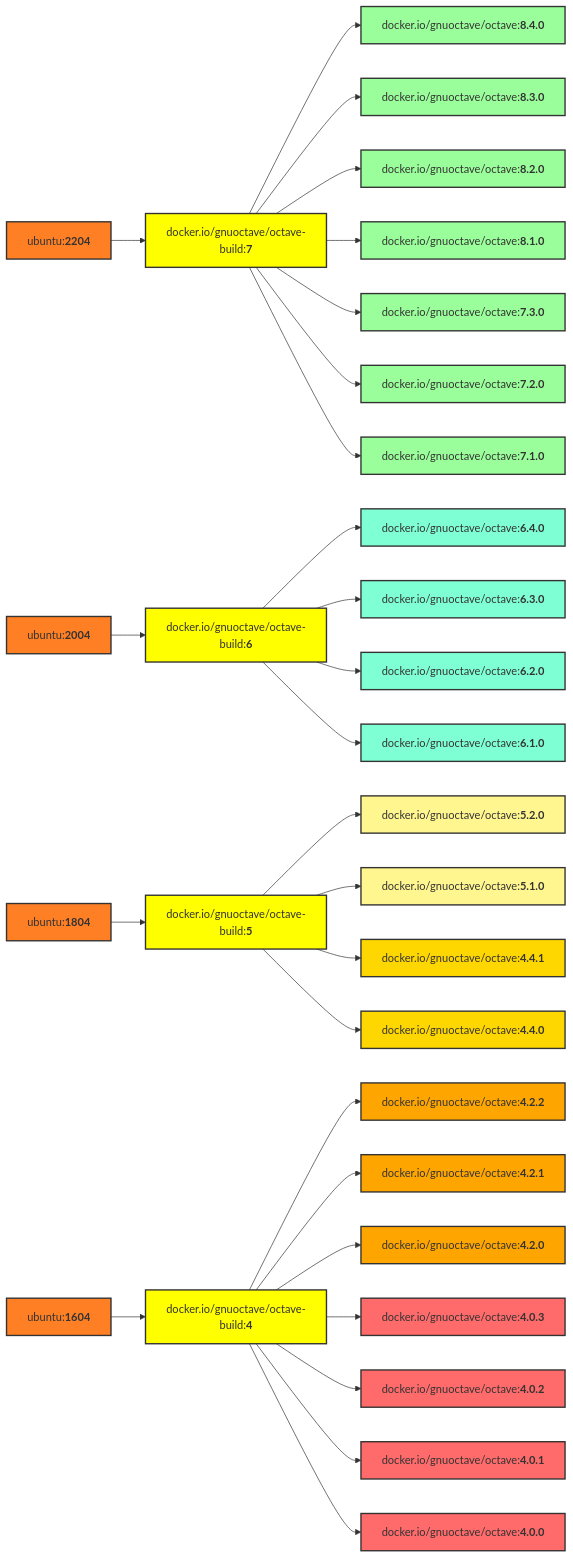
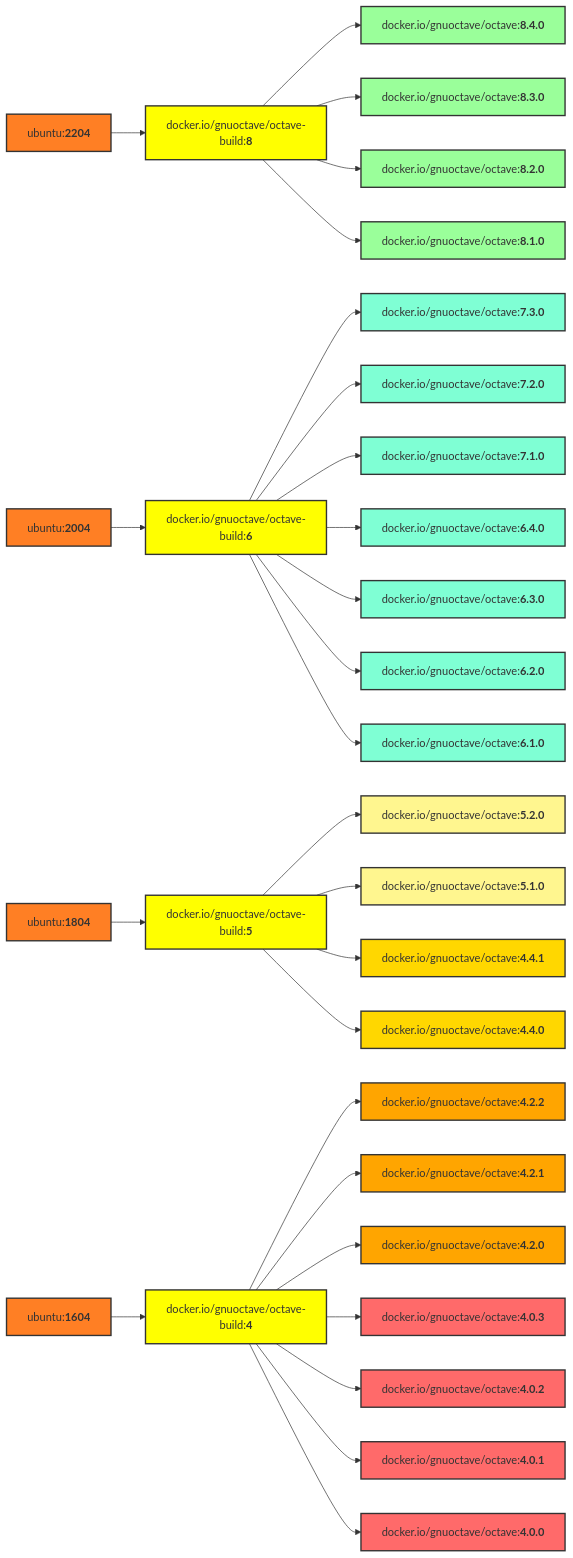
One commit to gnu-octave/docker changed the diagram in README.md. Above: the diagram before and after it, drawn with Mermaid. The commit also changed 4 other files, not shown here.

Commit message:
Restructre build system for Octave 6,7,8

````diff
--- a/README.md
+++ b/README.md
@@ -85,67 +85,67 @@
 ```mermaid
 graph LR
-    U4[ubuntu:<b>2204</b>] --> b7[docker.io/gnuoctave/octave-build:<b>7</b>];
+    U4[ubuntu:<b>2204</b>] --> b8[docker.io/gnuoctave/octave-build:<b>8</b>];
     U3[ubuntu:<b>2004</b>] --> b6[docker.io/gnuoctave/octave-build:<b>6</b>];
     U2[ubuntu:<b>1804</b>] --> b5[docker.io/gnuoctave/octave-build:<b>5</b>];
     U1[ubuntu:<b>1604</b>] --> b4[docker.io/gnuoctave/octave-build:<b>4</b>];
-    b7 --> v840[docker.io/gnuoctave/octave:<b>8.4.0</b>];
-    b7 --> v830[docker.io/gnuoctave/octave:<b>8.3.0</b>];
-    b7 --> v820[docker.io/gnuoctave/octave:<b>8.2.0</b>];
-    b7 --> v810[docker.io/gnuoctave/octave:<b>8.1.0</b>];
-    b7 --> v730[docker.io/gnuoctave/octave:<b>7.3.0</b>];
-    b7 --> v720[docker.io/gnuoctave/octave:<b>7.2.0</b>];
-    b7 --> v710[docker.io/gnuoctave/octave:<b>7.1.0</b>];
+    b8 --> v840[docker.io/gnuoctave/octave:<b>8.4.0</b>];
+    b8 --> v830[docker.io/gnuoctave/octave:<b>8.3.0</b>];
+    b8 --> v820[docker.io/gnuoctave/octave:<b>8.2.0</b>];
+    b8 --> v810[docker.io/gnuoctave/octave:<b>8.1.0</b>];
+    b6 --> v730[docker.io/gnuoctave/octave:<b>7.3.0</b>];
+    b6 --> v720[docker.io/gnuoctave/octave:<b>7.2.0</b>];
+    b6 --> v710[docker.io/gnuoctave/octave:<b>7.1.0</b>];
     b6 --> v640[docker.io/gnuoctave/octave:<b>6.4.0</b>];
     b6 --> v630[docker.io/gnuoctave/octave:<b>6.3.0</b>];
     b6 --> v620[docker.io/gnuoctave/octave:<b>6.2.0</b>];
     b6 --> v610[docker.io/gnuoctave/octave:<b>6.1.0</b>];
     b5 --> v520[docker.io/gnuoctave/octave:<b>5.2.0</b>];
     b5 --> v510[docker.io/gnuoctave/octave:<b>5.1.0</b>];
     b5 --> v441[docker.io/gnuoctave/octave:<b>4.4.1</b>];
     b5 --> v440[docker.io/gnuoctave/octave:<b>4.4.0</b>];
     b4 --> v422[docker.io/gnuoctave/octave:<b>4.2.2</b>];
     b4 --> v421[docker.io/gnuoctave/octave:<b>4.2.1</b>];
     b4 --> v420[docker.io/gnuoctave/octave:<b>4.2.0</b>];
     b4 --> v403[docker.io/gnuoctave/octave:<b>4.0.3</b>];
     b4 --> v402[docker.io/gnuoctave/octave:<b>4.0.2</b>];
     b4 --> v401[docker.io/gnuoctave/octave:<b>4.0.1</b>];
     b4 --> v400[docker.io/gnuoctave/octave:<b>4.0.0</b>];
     classDef U fill:#ff7f24,stroke:#333,stroke-width:2px;
     class U1 U;
     class U2 U;
     class U3 U;
     class U4 U;
     classDef b fill:#ff0,stroke:#333,stroke-width:2px;
     class b4 b;
     class b5 b;
     class b6 b;
-    class b7 b;
+    class b8 b;
     classDef age1 fill:#9aff9a,stroke:#333,stroke-width:2px;
     classDef age2 fill:#7fffd4,stroke:#333,stroke-width:2px;
     classDef age3 fill:#fff68f,stroke:#333,stroke-width:2px;
     classDef age4 fill:#ffd700,stroke:#333,stroke-width:2px;
     classDef age5 fill:#ffa500,stroke:#333,stroke-width:2px;
     classDef age6 fill:#ff6a6a,stroke:#333,stroke-width:2px;
     class v840 age1;
     class v830 age1;
     class v820 age1;
     class v810 age1;
-    class v730 age1;
-    class v720 age1;
-    class v710 age1;
+    class v730 age2;
+    class v720 age2;
+    class v710 age2;
     class v640 age2;
     class v630 age2;
     class v620 age2;
     class v610 age2;
     class v520 age3;
     class v510 age3;
     class v441 age4;
     class v440 age4;
     class v422 age5;
     class v421 age5;
     class v420 age5;
     class v403 age6;
     class v402 age6;
     class v401 age6;
     class v400 age6;
 ```
````
